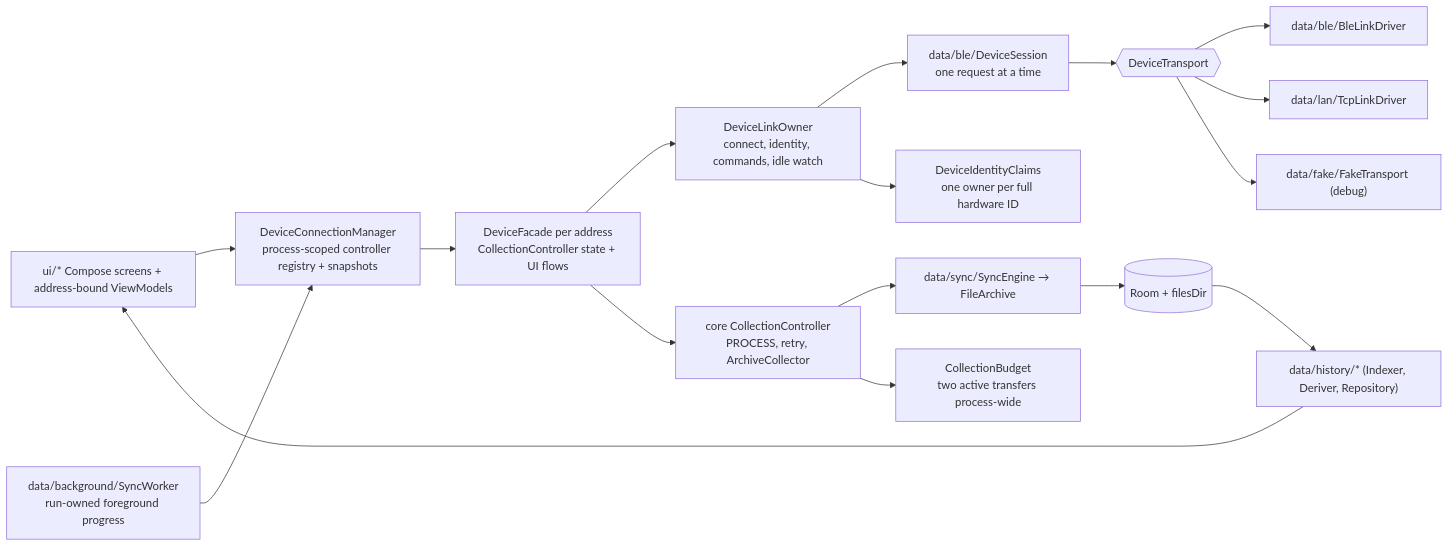
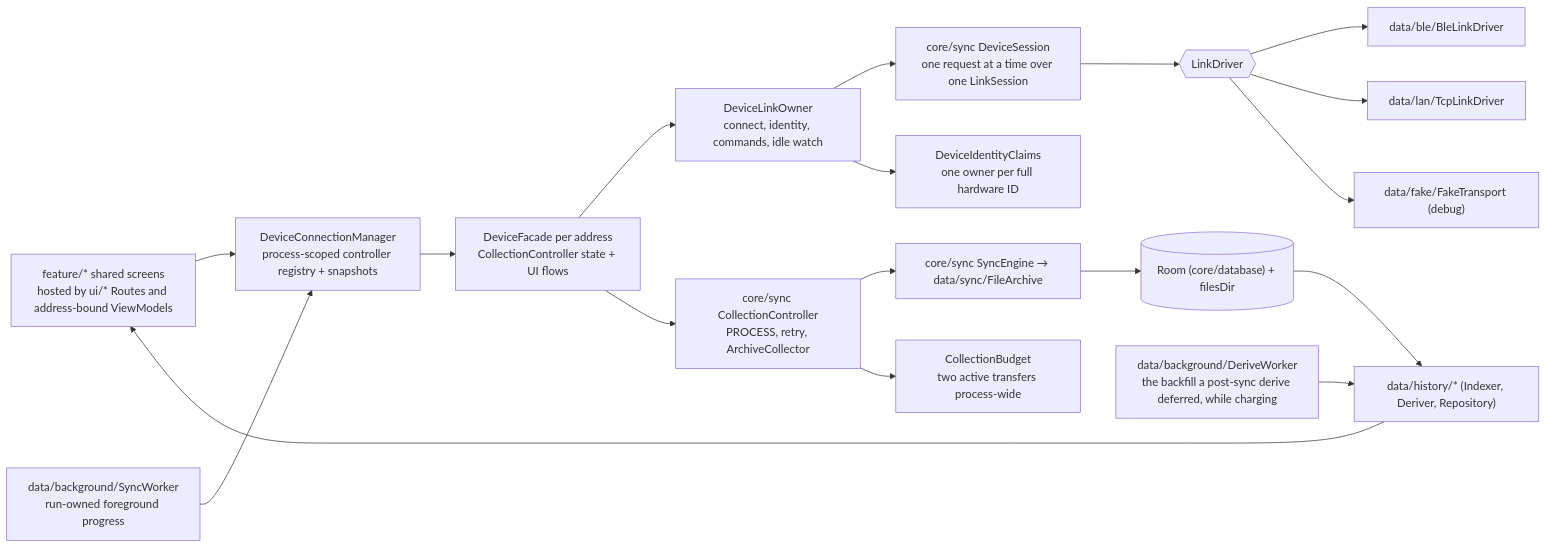
The second of 2 diagrams in docs/architecture.md (walkthru-earth/opensensor-space-mobile), drawn with Mermaid before and after one commit. The commit also changed other lines of this file and 40 other files, not shown here.

````diff
--- a/docs/architecture.md
+++ b/docs/architecture.md
@@ -175,19 +157,20 @@
 ```mermaid
 flowchart LR
-  UI["ui/* Compose screens + address-bound ViewModels"] --> MANAGER["DeviceConnectionManager<br/>process-scoped controller registry + snapshots"]
+  UI["feature/* shared screens<br/>hosted by ui/* Routes and address-bound ViewModels"] --> MANAGER["DeviceConnectionManager<br/>process-scoped controller registry + snapshots"]
   MANAGER --> REPO["DeviceFacade per address<br/>CollectionController state + UI flows"]
   REPO --> OWNER["DeviceLinkOwner<br/>connect, identity, commands, idle watch"]
-  OWNER --> SESS["data/ble/DeviceSession<br/>one request at a time"]
-  SESS --> TR{{"DeviceTransport"}}
+  OWNER --> SESS["core/sync DeviceSession<br/>one request at a time over one LinkSession"]
+  SESS --> TR{{"LinkDriver"}}
   TR --> BLE["data/ble/BleLinkDriver"]
   TR --> LAN["data/lan/TcpLinkDriver"]
   TR --> FAKE["data/fake/FakeTransport (debug)"]
-  REPO --> COLLECT["core CollectionController<br/>PROCESS, retry, ArchiveCollector"]
-  COLLECT --> SYNC["data/sync/SyncEngine → FileArchive"]
-  SYNC --> ROOM[("Room + filesDir")]
+  REPO --> COLLECT["core/sync CollectionController<br/>PROCESS, retry, ArchiveCollector"]
+  COLLECT --> SYNC["core/sync SyncEngine → data/sync/FileArchive"]
+  SYNC --> ROOM[("Room (core/database) + filesDir")]
   ROOM --> HIST["data/history/* (Indexer, Deriver, Repository)"]
   HIST --> UI
   WORK["data/background/SyncWorker<br/>run-owned foreground progress"] --> MANAGER
+  DERIVE["data/background/DeriveWorker<br/>the backfill a post-sync derive deferred, while charging"] --> HIST
   OWNER --> CLAIM["DeviceIdentityClaims<br/>one owner per full hardware ID"]
   COLLECT --> BUDGET["CollectionBudget<br/>two active transfers process-wide"]
 ```
````
